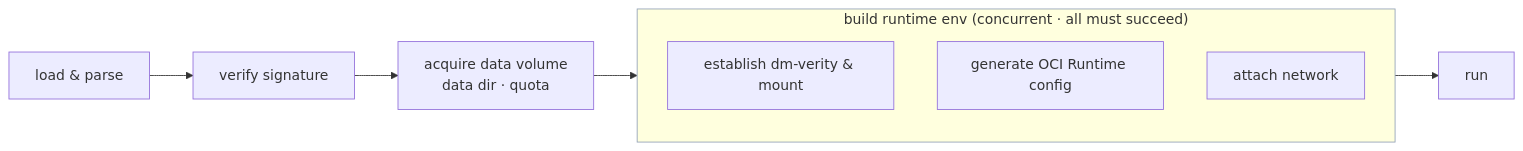
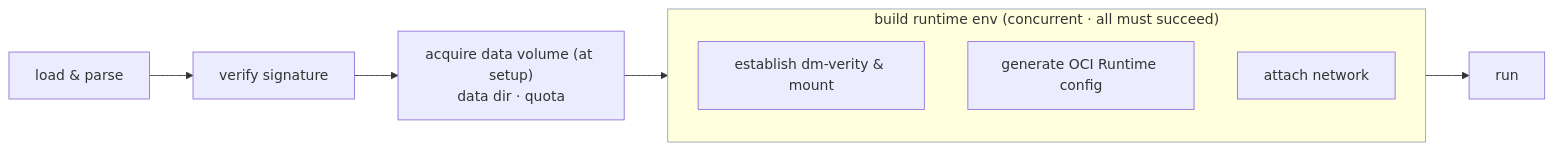
The second of 3 diagrams in docs/architecture/execution.md (mobis-oss/ssam), drawn with Mermaid before and after one commit. The commit also changed other lines of this file and 13 other files, not shown here.

First line of the commit message:
ssamd: acquire the package volume lazily at setup

````diff
--- a/docs/architecture/execution.md
+++ b/docs/architecture/execution.md
@@ -81,16 +81,16 @@
 ```mermaid
 flowchart LR
   L["load &amp; parse"] --> V["verify signature"]
-  V --> VOL["acquire data volume<br/>data dir · quota"]
+  V --> VOL["acquire data volume (at setup)<br/>data dir · quota"]
   VOL --> SU
 
   subgraph SU["build runtime env (concurrent · all must succeed)"]
     direction TB
     M["establish dm-verity &amp; mount"]
     C["generate OCI Runtime config"]
     N["attach network"]
   end
 
   SU --> H["run"]
   style SU stroke:#94a3b8
 ```
````
